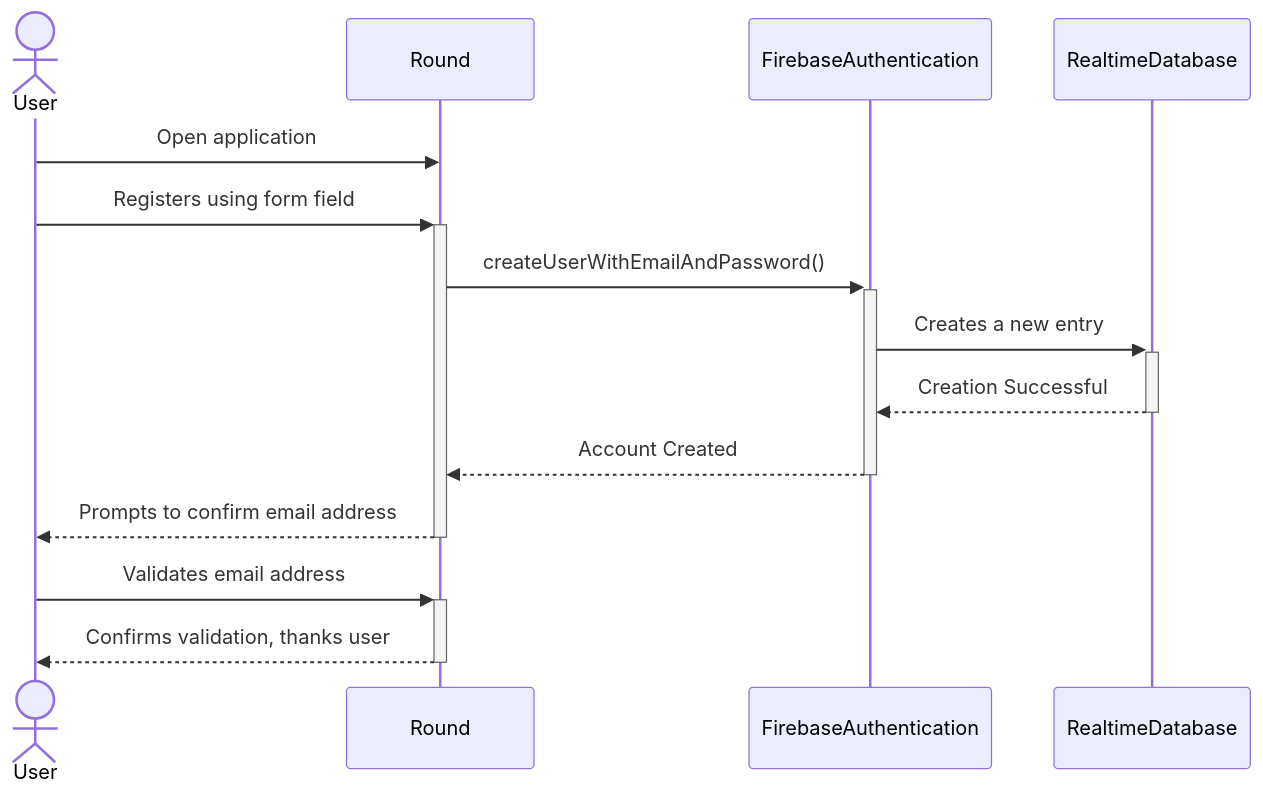
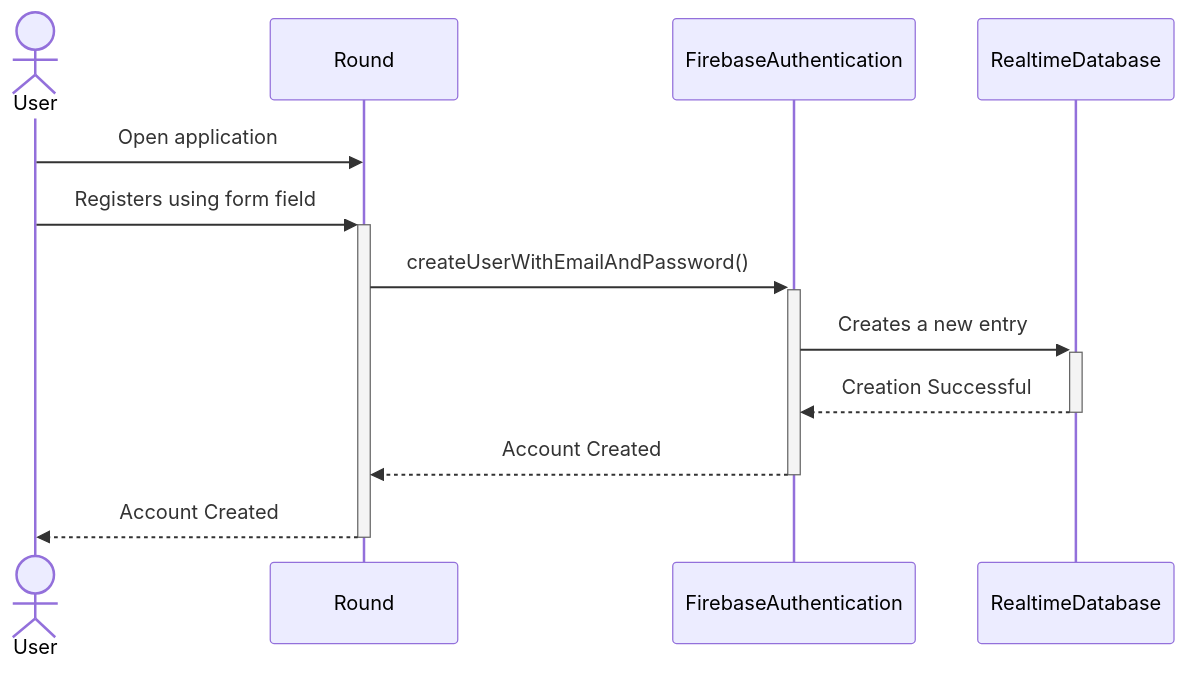
The eighth of 15 diagrams in documentation/docs/system-architecture/design.md (Capstone-Projects-2023-Spring/project-groupmeet), drawn with Mermaid before and after one commit. The commit also changed other lines of this file, not shown here.

````diff
--- a/documentation/docs/system-architecture/design.md
+++ b/documentation/docs/system-architecture/design.md
@@ -428,13 +433,11 @@
 ```mermaid
 sequenceDiagram
     actor User
     User->>Round: Open application
     User->>+Round: Registers using form field
     Round->>+FirebaseAuthentication: createUserWithEmailAndPassword()
     FirebaseAuthentication->>+RealtimeDatabase: Creates a new entry
     RealtimeDatabase-->>-FirebaseAuthentication: Creation Successful
     FirebaseAuthentication-->>-Round: Account Created
-    Round-->>-User: Prompts to confirm email address
-    User->>+Round: Validates email address
-    Round-->>-User: Confirms validation, thanks user
+    Round-->>-User: Account Created
 ```
````
